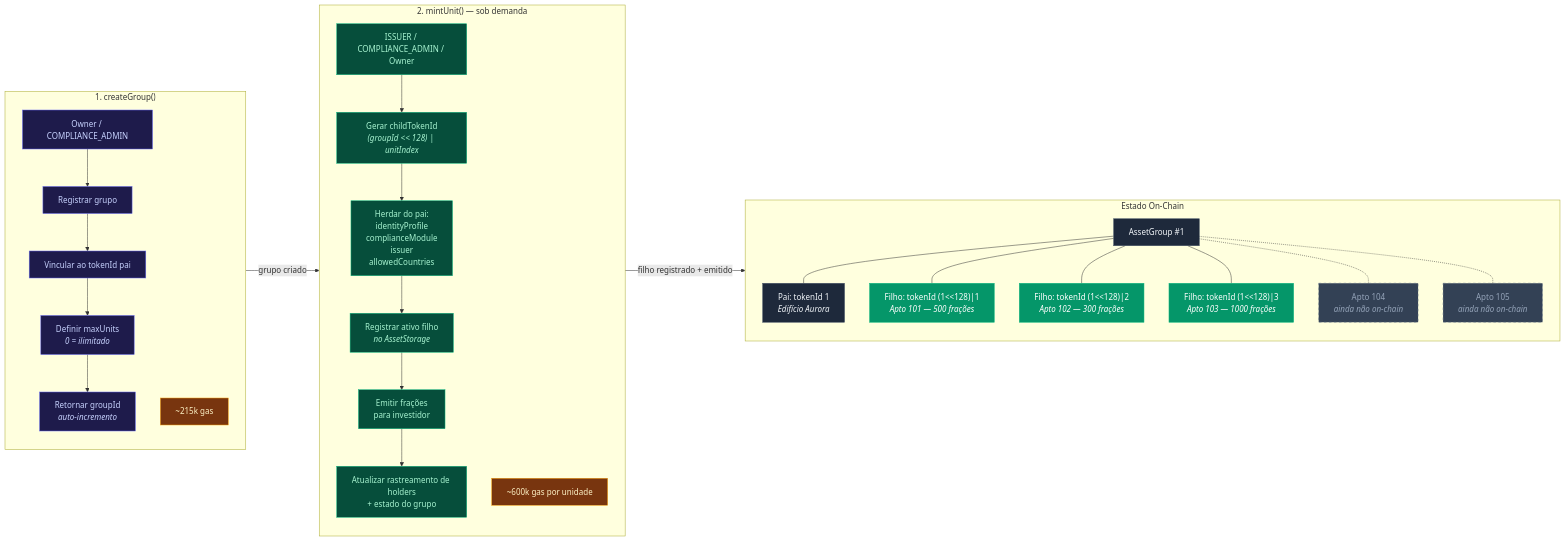
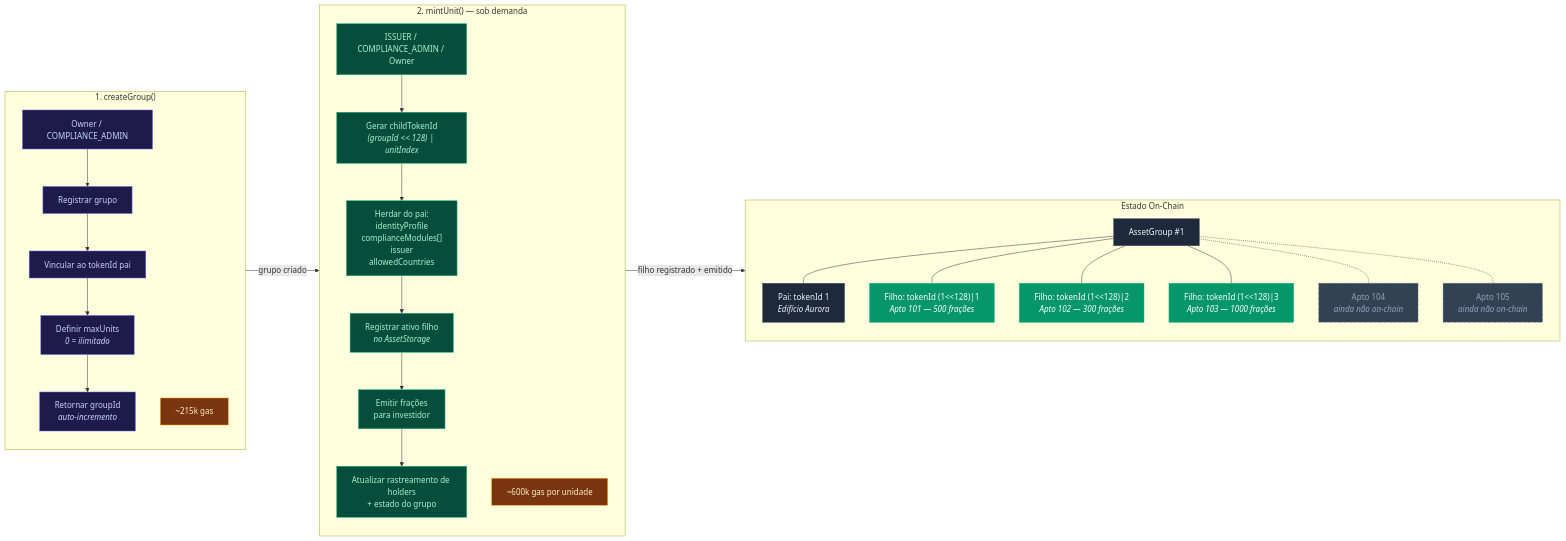
Before and after one commit to jminango20/agro-diamond-compliance: the diagram in docs/diagrams/pt/03-grupo-ativos-lazy-mint.mmd, drawn with Mermaid. The commit also changed 39 other files, not shown here.

First line of the commit message:
feat(compliance): auto-increment tokenId and multiple compliance modules per asset

```diff
--- a/docs/diagrams/pt/03-grupo-ativos-lazy-mint.mmd
+++ b/docs/diagrams/pt/03-grupo-ativos-lazy-mint.mmd
@@ -1,49 +1,49 @@
 flowchart LR
     subgraph Step1["1. createGroup()"]
         direction TB
         CG["Owner / COMPLIANCE_ADMIN"]
         CG --> REG["Registrar grupo"]
         REG --> PARENT["Vincular ao tokenId pai"]
         PARENT --> MAX["Definir maxUnits<br/><i>0 = ilimitado</i>"]
         MAX --> GID["Retornar groupId<br/><i>auto-incremento</i>"]
         COST1["~215k gas"]
     end
 
     subgraph Step2["2. mintUnit() — sob demanda"]
         direction TB
         MU["ISSUER / COMPLIANCE_ADMIN / Owner"]
         MU --> CHILD_ID["Gerar childTokenId<br/><i>(groupId << 128) | unitIndex</i>"]
-        CHILD_ID --> INHERIT["Herdar do pai:<br/>identityProfile<br/>complianceModule<br/>issuer<br/>allowedCountries"]
+        CHILD_ID --> INHERIT["Herdar do pai:<br/>identityProfile<br/>complianceModules[]<br/>issuer<br/>allowedCountries"]
         INHERIT --> REG_CHILD["Registrar ativo filho<br/><i>no AssetStorage</i>"]
         REG_CHILD --> MINT["Emitir frações<br/>para investidor"]
         MINT --> TRACK["Atualizar rastreamento de holders<br/>+ estado do grupo"]
         COST2["~600k gas por unidade"]
     end
 
     subgraph Result["Estado On-Chain"]
         direction TB
         GROUP["AssetGroup #1"]
         GROUP --- P["Pai: tokenId 1<br/><i>Edifício Aurora</i>"]
         GROUP --- C1["Filho: tokenId (1<<128)|1<br/><i>Apto 101 — 500 frações</i>"]
         GROUP --- C2["Filho: tokenId (1<<128)|2<br/><i>Apto 102 — 300 frações</i>"]
         GROUP --- C3["Filho: tokenId (1<<128)|3<br/><i>Apto 103 — 1000 frações</i>"]
         GROUP -.- C4["Apto 104<br/><i>ainda não on-chain</i>"]
         GROUP -.- C5["Apto 105<br/><i>ainda não on-chain</i>"]
     end
 
     Step1 -->|"grupo criado"| Step2
     Step2 -->|"filho registrado + emitido"| Result
 
     classDef step1 fill:#1e1b4b,stroke:#6366f1,color:#c7d2fe
     classDef step2 fill:#064e3b,stroke:#10b981,color:#a7f3d0
     classDef result fill:#1e293b,stroke:#475569,color:#f1f5f9
     classDef minted fill:#059669,stroke:#10b981,color:#fff
     classDef unminted fill:#334155,stroke:#64748b,color:#94a3b8,stroke-dasharray: 5 5
     classDef cost fill:#78350f,stroke:#f59e0b,color:#fef3c7
 
     class CG,REG,PARENT,MAX,GID step1
     class MU,CHILD_ID,INHERIT,REG_CHILD,MINT,TRACK step2
     class GROUP,P result
     class C1,C2,C3 minted
     class C4,C5 unminted
     class COST1,COST2 cost
```
